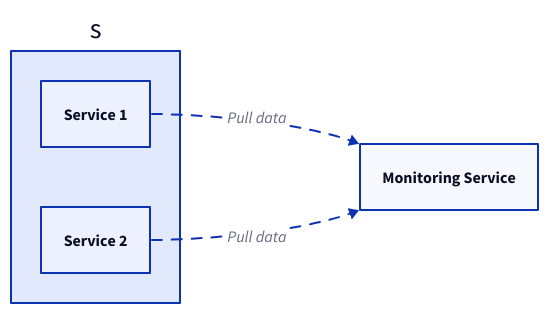
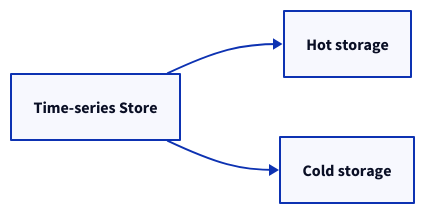
The third of 14 diagrams in content/docs/system-administration/system-monitoring/_index.md (link1905/system-design-101), drawn with D2 before and after one commit. The commit also changed other lines of this file and 49 other files, not shown here.

````diff
--- a/content/docs/system-administration/system-monitoring/_index.md
+++ b/content/docs/system-administration/system-monitoring/_index.md
@@ -45,21 +241,18 @@
 ```d2
 direction: right
-s {
-  class: none
-  s1: Service 1 {
-      class: server
-  }
-  s2: Service 2 {
-      class: server
-  }
+
+s: Time-series Store {
+  class: db
 }
-m: Monitoring Service {
-    class: monitor
+
+h: Hot storage {
+  class: cache
 }
-s.s1 -> m: Pull data {
-  style.animated: true
+
+c: Cold storage {
+  class: hd
 }
-s.s2 -> m: Pull data {
-  style.animated: true
-}
+
+s -> h
+s -> c
 ```
````
